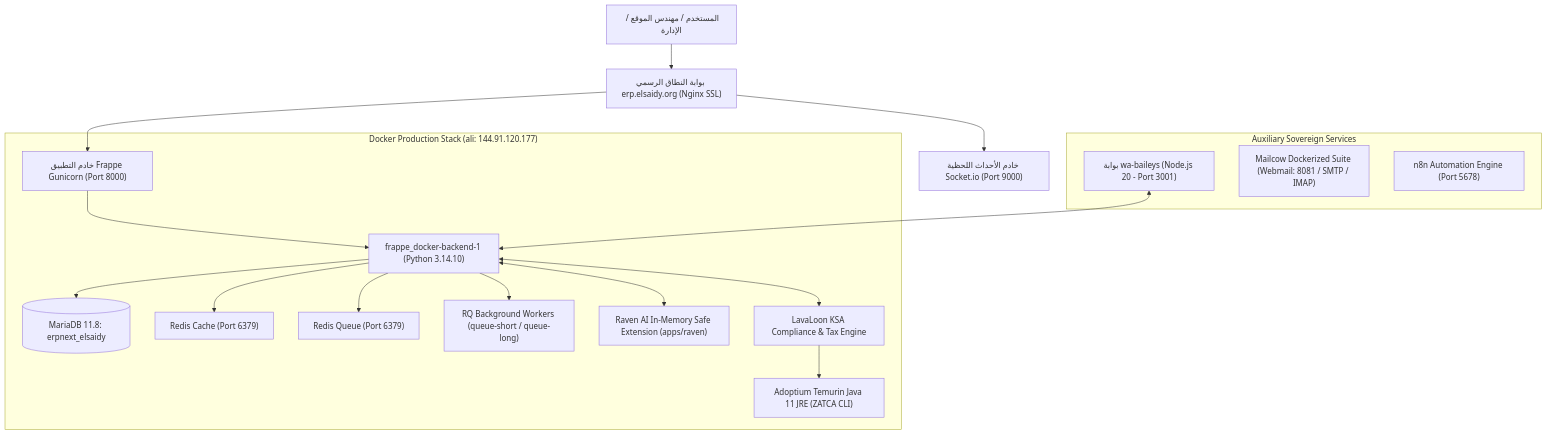
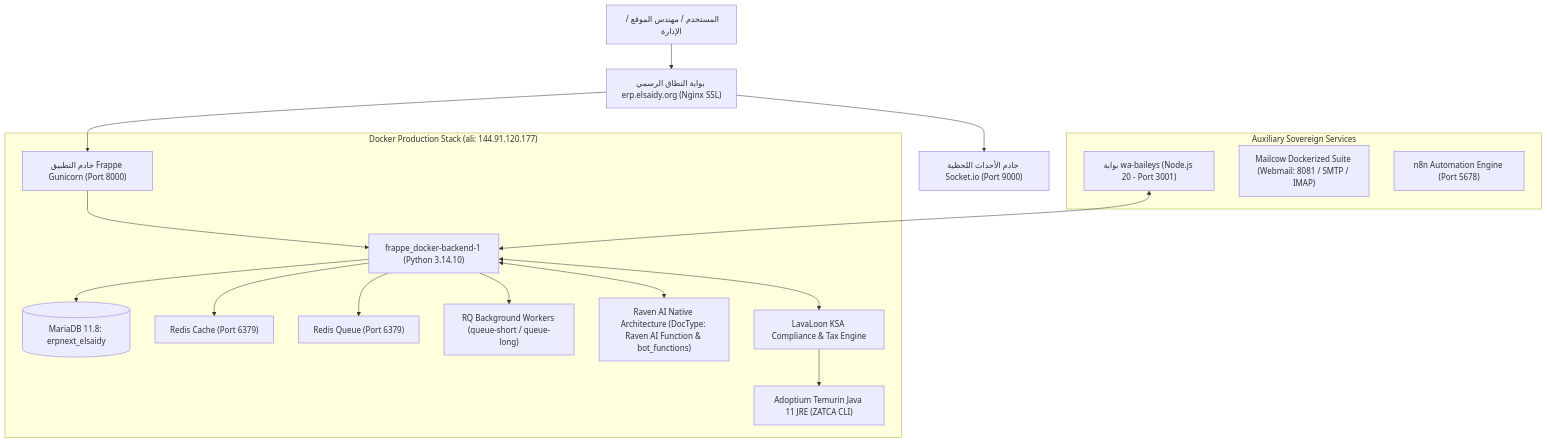
The diagram in README.md (AliAhmedElseidy/hagag-erp), drawn with Mermaid before and after one commit. The commit also changed other lines of this file and 1 other file, not shown here.

Commit message:
docs: align documentation with native Raven DocType and secure WhatsApp auth architecture

````diff
--- a/README.md
+++ b/README.md
@@ -65,24 +65,24 @@
 ```mermaid
 graph TD
     User["المستخدم / مهندس الموقع / الإدارة"] --> Nginx["بوابة النطاق الرسمي erp.elsaidy.org (Nginx SSL)"]
     Nginx --> Gunicorn["خادم التطبيق Frappe Gunicorn (Port 8000)"]
     Nginx --> SocketIO["خادم الأحداث اللحظية Socket.io (Port 9000)"]
     
     subgraph "Docker Production Stack (ali: 144.91.120.177)"
         Gunicorn --> Backend["frappe_docker-backend-1 (Python 3.14.10)"]
         Backend --> DB[("MariaDB 11.8: erpnext_elsaidy")]
         Backend --> RedisCache["Redis Cache (Port 6379)"]
         Backend --> RedisQueue["Redis Queue (Port 6379)"]
         Backend --> Workers["RQ Background Workers (queue-short / queue-long)"]
         
-        Backend <--> RavenExt["Raven AI In-Memory Safe Extension (apps/raven)"]
+        Backend <--> RavenNative["Raven AI Native Architecture (DocType: Raven AI Function & bot_functions)"]
         Backend <--> ZatcaEngine["LavaLoon KSA Compliance & Tax Engine"]
         ZatcaEngine --> JavaJRE["Adoptium Temurin Java 11 JRE (ZATCA CLI)"]
     end
     
     subgraph "Auxiliary Sovereign Services"
         WhatsApp["بوابة wa-baileys (Node.js 20 - Port 3001)"] <--> Backend
         Mailcow["Mailcow Dockerized Suite (Webmail: 8081 / SMTP / IMAP)"]
         n8n["n8n Automation Engine (Port 5678)"]
     end
 ```
````
